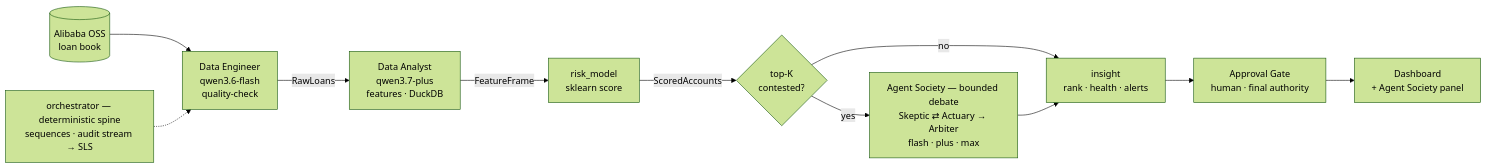
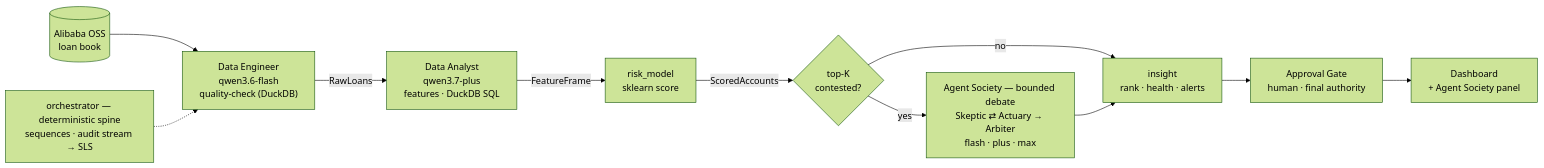
The diagram in README.md (MFarizalA/waspada), drawn with Mermaid (forest theme) before and after one commit. The commit also changed other lines of this file and 2 other files, not shown here.

````diff
--- a/README.md
+++ b/README.md
@@ -64,13 +75,13 @@
 ```mermaid
 flowchart LR
-    OSS[("Alibaba OSS<br/>loan book")] --> DE["Data Engineer<br/>qwen3.6-flash<br/>quality-check"]
-    DE -->|RawLoans| DA["Data Analyst<br/>qwen3.7-plus<br/>features · DuckDB"]
+    OSS[("Alibaba OSS<br/>loan book")] --> DE["Data Engineer<br/>qwen3.6-flash<br/>quality-check (DuckDB)"]
+    DE -->|RawLoans| DA["Data Analyst<br/>qwen3.7-plus<br/>features · DuckDB SQL"]
     DA -->|FeatureFrame| R["risk_model<br/>sklearn score"]
     R -->|ScoredAccounts| DB{"top-K<br/>contested?"}
     DB -->|no| N["insight<br/>rank · health · alerts"]
     DB -->|yes| SOC["Agent Society — bounded debate<br/>Skeptic ⇄ Actuary → Arbiter<br/>flash · plus · max"]
     SOC --> N
     N --> G["Approval Gate<br/>human · final authority"]
     G --> D["Dashboard<br/>+ Agent Society panel"]
     ORCH["orchestrator — deterministic spine<br/>sequences · audit stream → SLS"] -.-> DE
 ```
````
